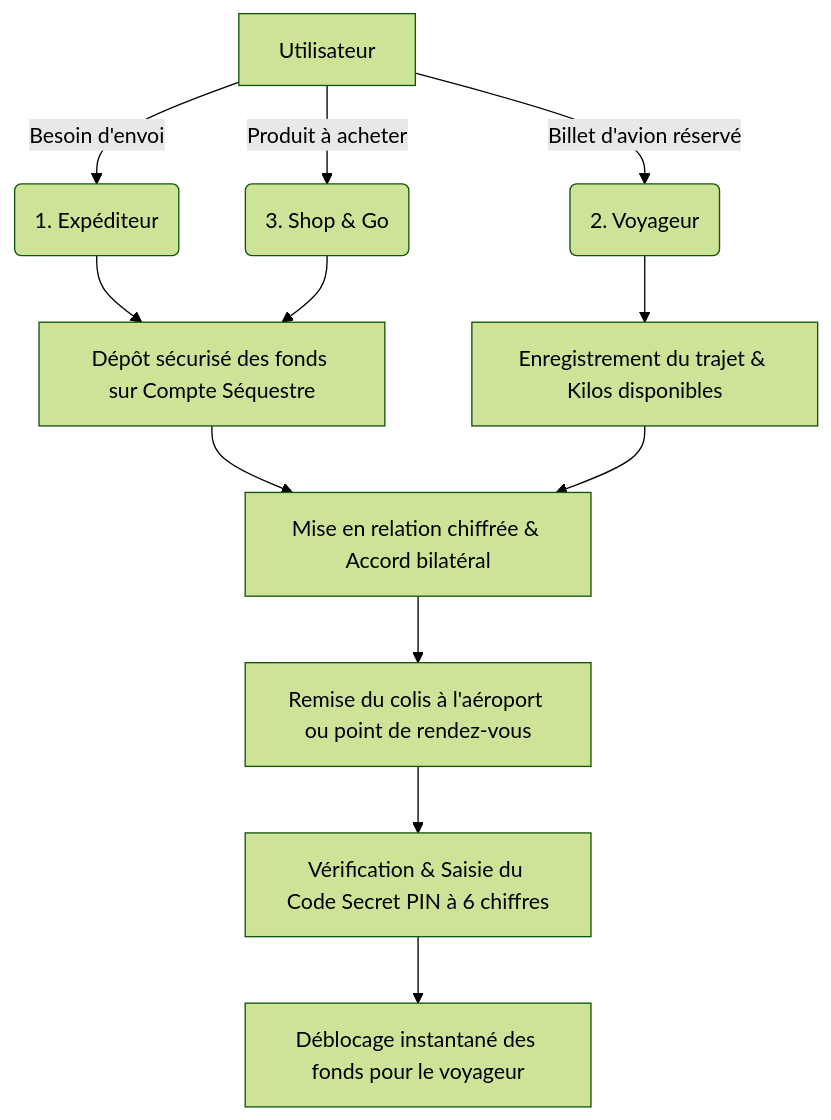
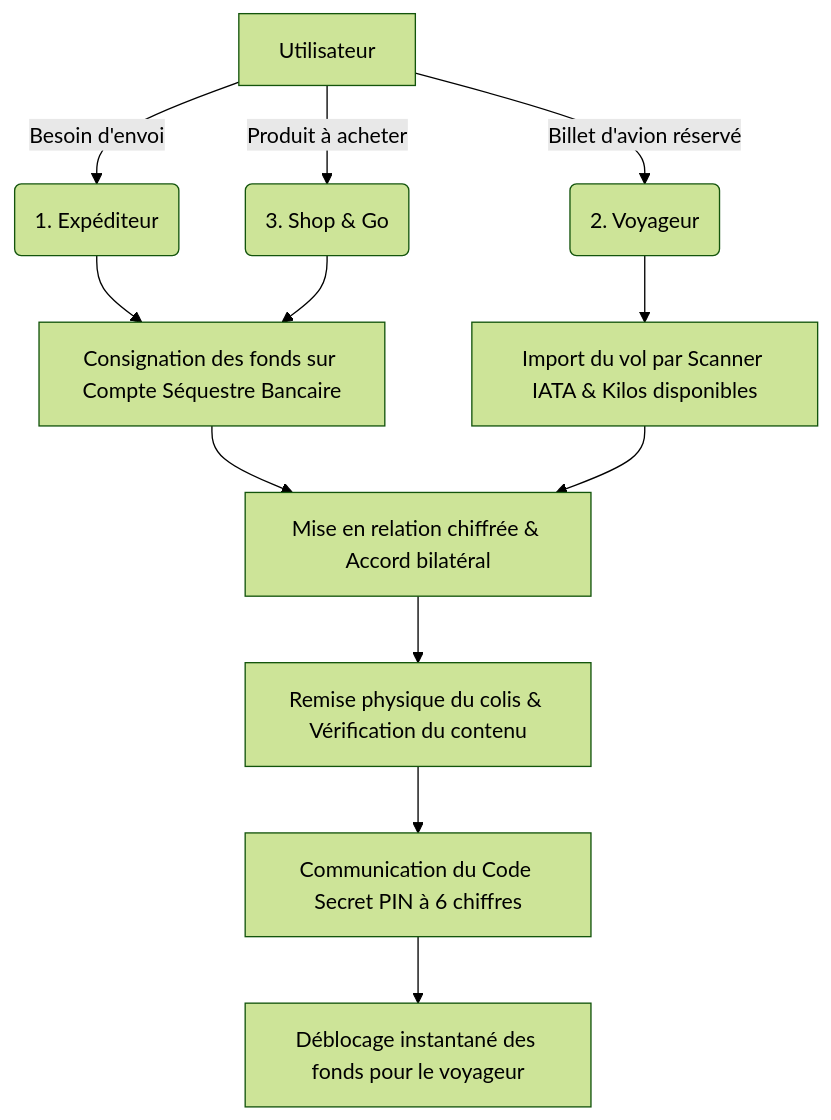
One commit to pithop/Co-colisage changed the diagram in README.md. Above: the diagram before and after it, drawn with Mermaid (forest theme). The commit also changed other lines of this file and 13 other files, not shown here.

````diff
--- a/README.md
+++ b/README.md
@@ -67,15 +66,15 @@
 ```mermaid
 graph TD
     A[Utilisateur] -->|Besoin d'envoi| B(1. Expéditeur)
     A -->|Billet d'avion réservé| C(2. Voyageur)
     A -->|Produit à acheter| D(3. Shop & Go)
 
-    B --> E[Dépôt sécurisé des fonds sur Compte Séquestre]
-    C --> F[Enregistrement du trajet & Kilos disponibles]
+    B --> E[Consignation des fonds sur Compte Séquestre Bancaire]
+    C --> F[Import du vol par Scanner IATA & Kilos disponibles]
     D --> E
 
     E & F --> G[Mise en relation chiffrée & Accord bilatéral]
-    G --> H[Remise du colis à l'aéroport ou point de rendez-vous]
-    H --> I[Vérification & Saisie du Code Secret PIN à 6 chiffres]
+    G --> H[Remise physique du colis & Vérification du contenu]
+    H --> I[Communication du Code Secret PIN à 6 chiffres]
     I --> J[Déblocage instantané des fonds pour le voyageur]
 ```
````
